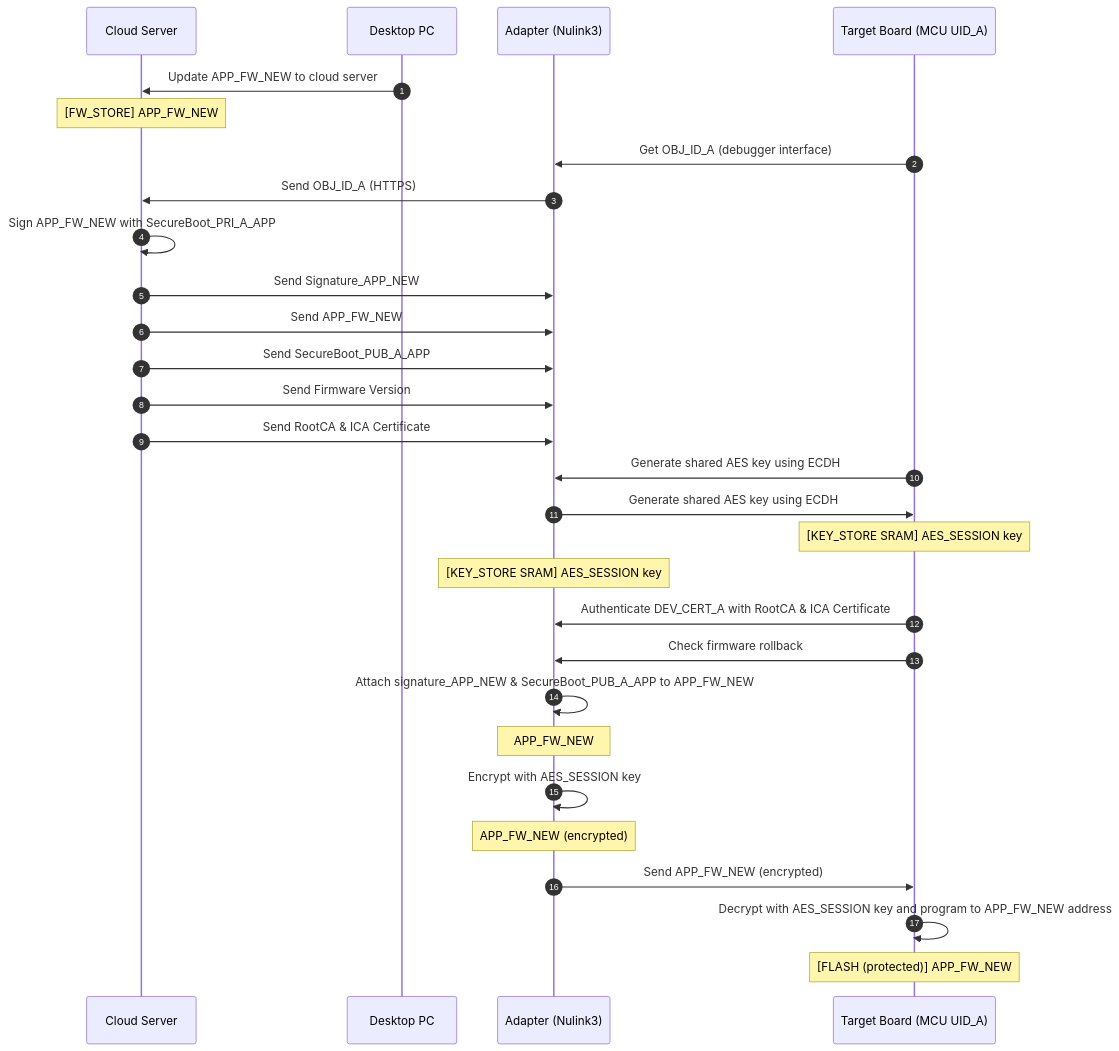
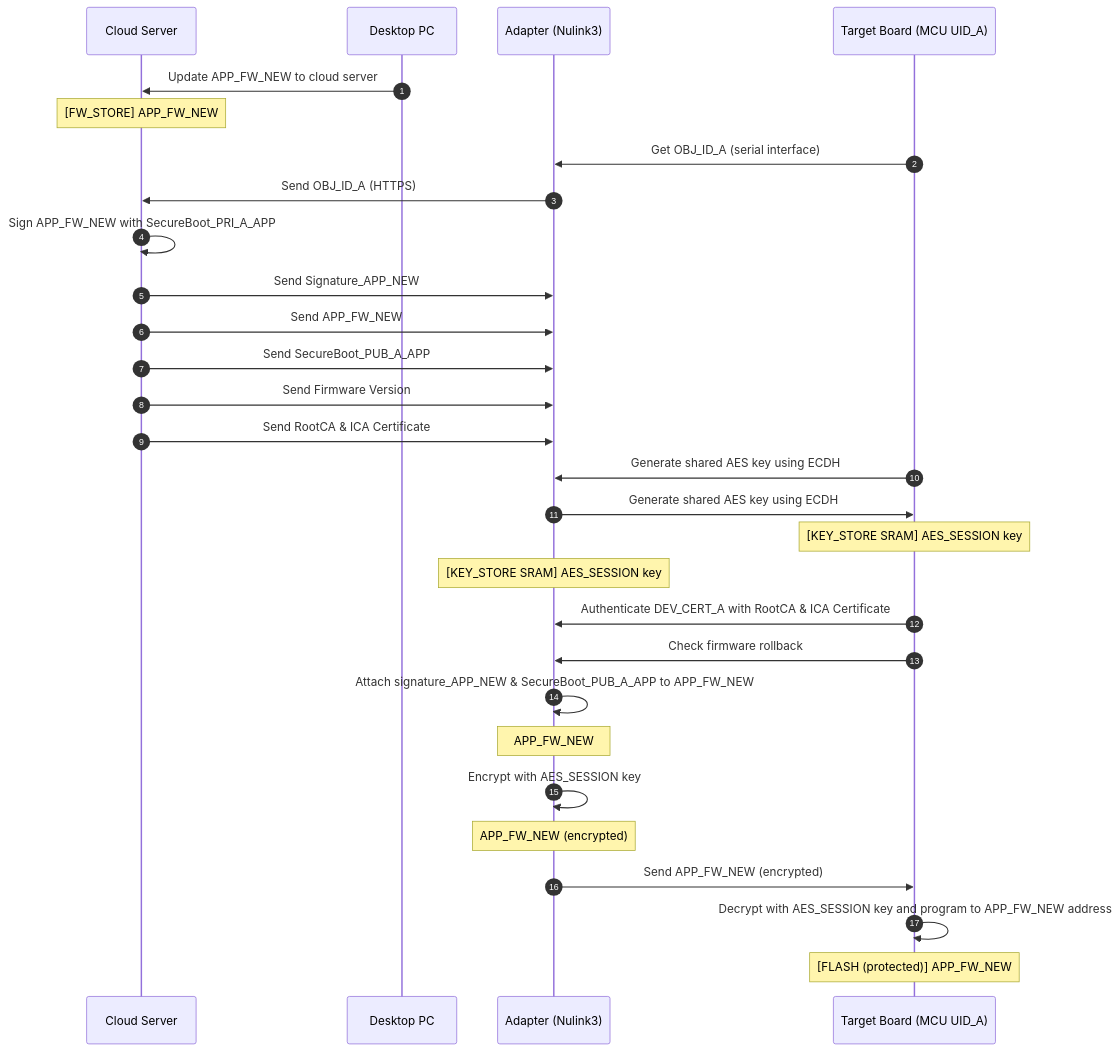
One commit to ccma1120/NuSEC_System changed the diagram in 6. firmware_upgrade.md. Above: the diagram before and after it, drawn with Mermaid.

Commit message:
Update 6. firmware_upgrade.md

````diff
--- a/6. firmware_upgrade.md
+++ b/6. firmware_upgrade.md
@@ -1,36 +1,36 @@
 ```mermaid
 sequenceDiagram
     autonumber
     participant c as Cloud Server
     participant d as Desktop PC
     participant a as Adapter (Nulink3)
     participant t as Target Board (MCU UID_A)
 
     d ->> c : Update APP_FW_NEW to cloud server
     Note over c: [FW_STORE] APP_FW_NEW
-    t ->> a : Get OBJ_ID_A (debugger interface)
+    t ->> a : Get OBJ_ID_A (serial interface)
     a ->> c : Send OBJ_ID_A (HTTPS)
     
     c ->> c : Sign APP_FW_NEW with SecureBoot_PRI_A_APP
     c ->> a : Send Signature_APP_NEW
     c ->> a : Send APP_FW_NEW
     c ->> a : Send SecureBoot_PUB_A_APP
     c ->> a : Send Firmware Version
     c ->> a : Send RootCA & ICA Certificate
     
     %% ECDH
     t ->> a: Generate shared AES key using ECDH
     a ->> t: Generate shared AES key using ECDH
     Note over t: [KEY_STORE SRAM] AES_SESSION key
     Note over a: [KEY_STORE SRAM] AES_SESSION key
 
     t ->> a: Authenticate DEV_CERT_A with RootCA & ICA Certificate
     t ->> a: Check firmware rollback
     a ->> a: Attach signature_APP_NEW & SecureBoot_PUB_A_APP to APP_FW_NEW
     Note over a: APP_FW_NEW
     a ->> a: Encrypt with AES_SESSION key
     Note over a: APP_FW_NEW (encrypted)
     a ->> t: Send APP_FW_NEW (encrypted)
     t ->> t: Decrypt with AES_SESSION key and program to APP_FW_NEW address
     Note over t: [FLASH (protected)] APP_FW_NEW
 ```
````
